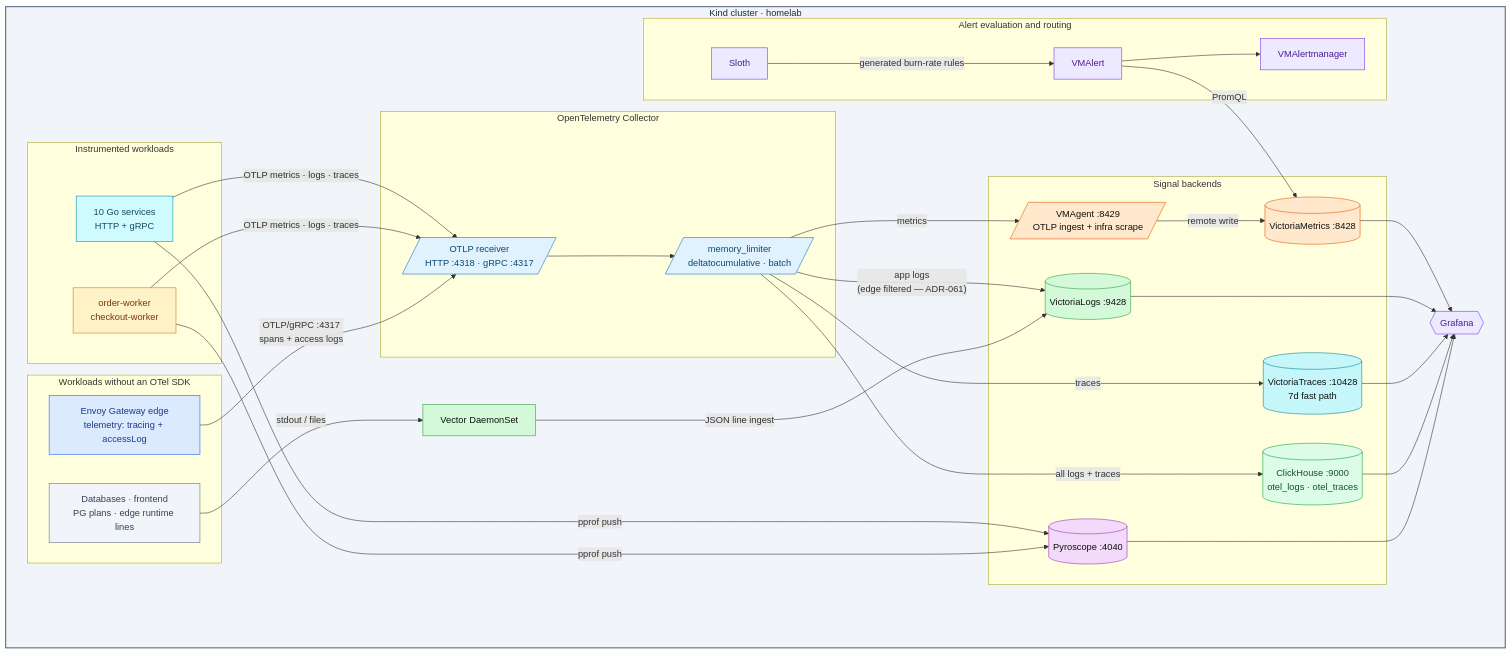
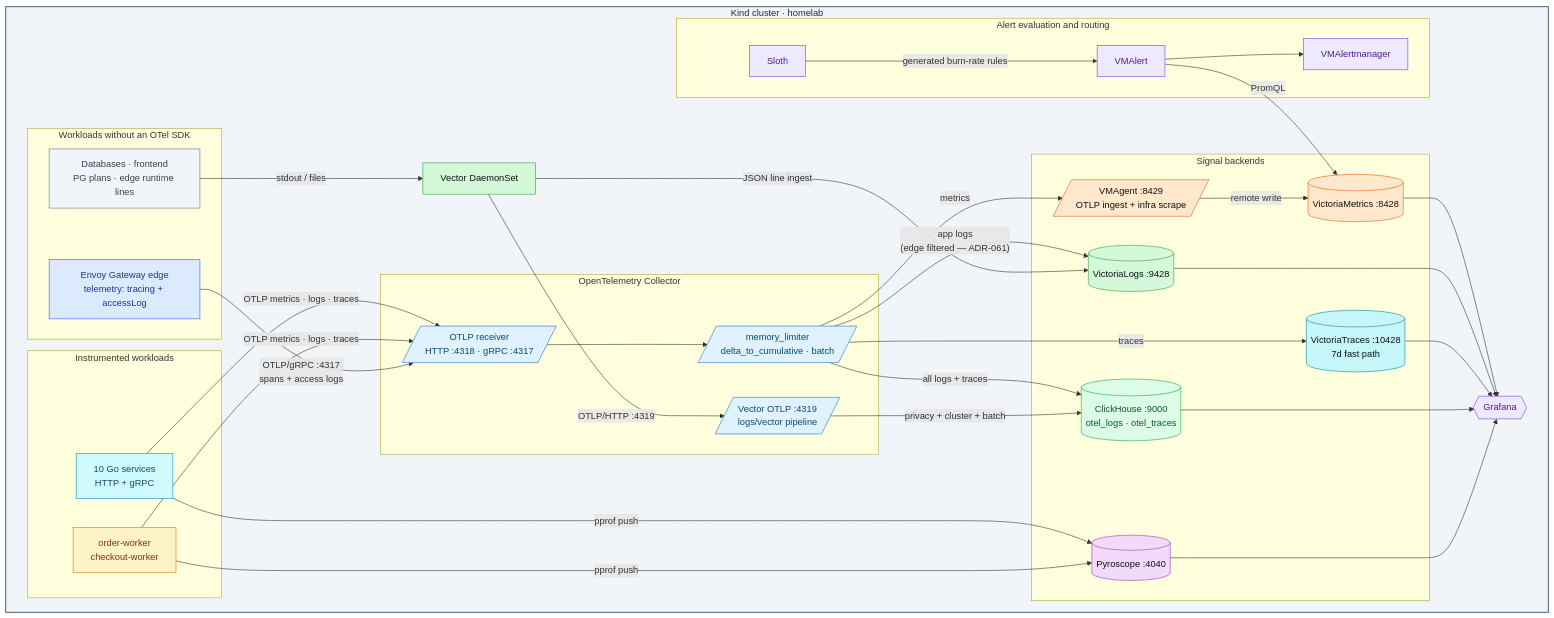
One commit to duynhlab/homelab changed the first of 5 diagrams in docs/observability/README.md. Above: the diagram before and after it, drawn with Mermaid. The commit also changed other lines of this file and 23 other files, not shown here.

```diff
--- a/docs/observability/README.md
+++ b/docs/observability/README.md
@@ -37,7 +50,8 @@
 
         subgraph collectorNode["OpenTelemetry Collector"]
             Receiver[/"OTLP receiver<br/>HTTP :4318 · gRPC :4317"/]
-            Processors[/"memory_limiter<br/>deltatocumulative · batch"/]
+            Processors[/"memory_limiter<br/>delta_to_cumulative · batch"/]
+            VectorReceiver[/"Vector OTLP :4319<br/>logs/vector pipeline"/]
             Receiver --> Processors
         end
 
@@ -73,6 +87,8 @@
     Processors -->|"all logs + traces"| CH
     Processors -->|"traces"| VT
     Vector -->|"JSON line ingest"| VLogs
+    Vector -->|"OTLP/HTTP :4319"| VectorReceiver
+    VectorReceiver -->|"privacy + cluster + batch"| CH
     VMAgent -->|"remote write"| VMSingle
     VMAlert -->|"PromQL"| VMSingle
 
@@ -95,7 +111,7 @@
     classDef data fill:#dcfce7,color:#14532d,stroke:#16a34a;
     class Services service;
     class Workers worker;
-    class Receiver,Processors collector;
+    class Receiver,VectorReceiver,Processors collector;
     class VMAgent,VMSingle metric;
     class Vector,VLogs log;
     class VT trace;
```
